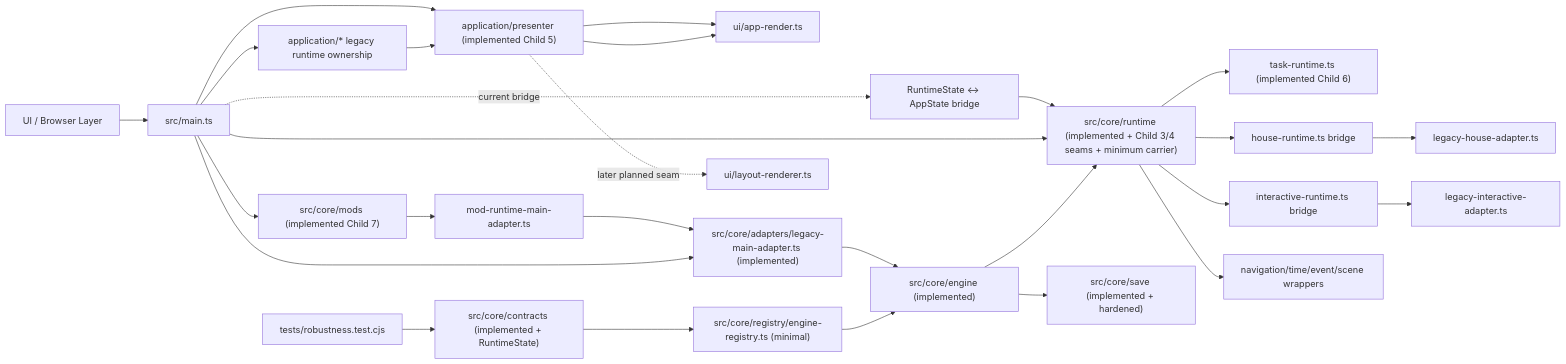
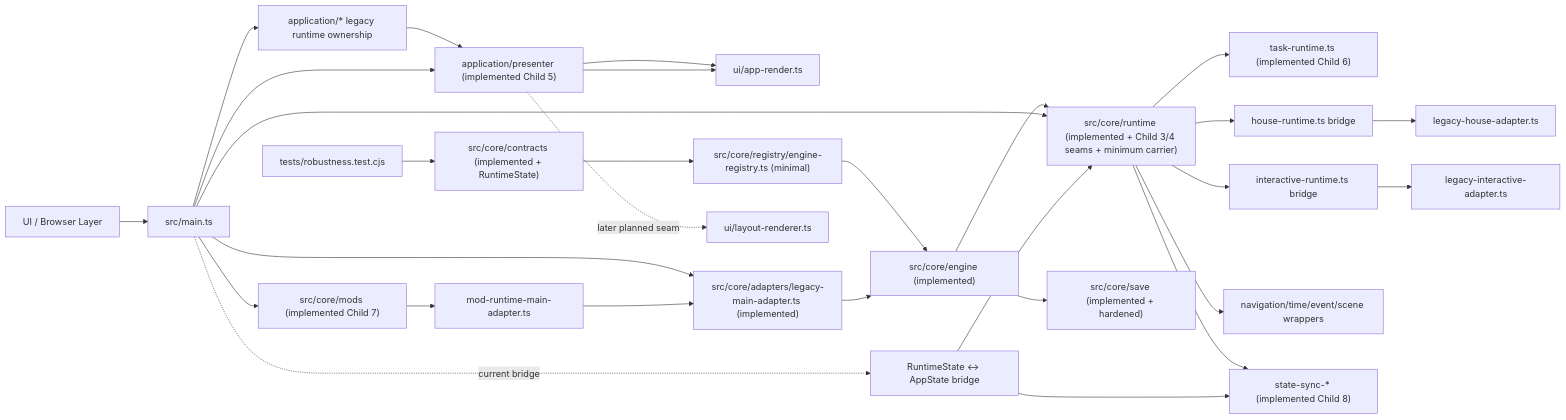
The first of 9 diagrams in docs/superpowers/weekly/2026-06-29-weekly-architecture-report.md (MA141277/RPG_TG), drawn with Mermaid before and after one commit. The commit also changed other lines of this file and 25 other files, not shown here.

Commit message:
Complete Child 8 state sync runtime

````diff
--- a/docs/superpowers/weekly/2026-06-29-weekly-architecture-report.md
+++ b/docs/superpowers/weekly/2026-06-29-weekly-architecture-report.md
@@ -24,29 +24,31 @@
 ```mermaid
 flowchart LR
     UI["UI / Browser Layer"] --> MAIN["src/main.ts"]
     MAIN --> APP["application/* legacy runtime ownership"]
     APP --> PRESENTER["application/presenter (implemented Child 5)"]
     PRESENTER --> UIR["ui/app-render.ts"]
     MAIN -. current bridge .-> RSBRIDGE["RuntimeState <-> AppState bridge"]
     COREC["src/core/contracts (implemented + RuntimeState)"] --> CORER["src/core/registry/engine-registry.ts (minimal)"]
     CORER --> COREE["src/core/engine (implemented)"]
     COREE --> CORERT["src/core/runtime (implemented + Child 3/4 seams + minimum carrier)"]
     COREE --> CORES["src/core/save (implemented + hardened)"]
     MAIN --> ADAPTER["src/core/adapters/legacy-main-adapter.ts (implemented)"]
     ADAPTER --> COREE
     MAIN --> CORERT
     RSBRIDGE --> CORERT
     CORERT --> TASKRT["task-runtime.ts (implemented Child 6)"]
     CORERT --> HOUCERT["house-runtime.ts bridge"]
     CORERT --> INTRT["interactive-runtime.ts bridge"]
     HOUCERT --> HOUSEAD["legacy-house-adapter.ts"]
     INTRT --> INTAD["legacy-interactive-adapter.ts"]
     CORERT --> NAVRT["navigation/time/event/scene wrappers"]
     MAIN --> MODRT["src/core/mods (implemented Child 7)"]
     MODRT --> MODAD["mod-runtime-main-adapter.ts"]
     MODAD --> ADAPTER
+    CORERT --> SSRT["state-sync-* (implemented Child 8)"]
+    RSBRIDGE --> SSRT
     MAIN --> PRESENTER
     PRESENTER --> UIR
     PRESENTER -. later planned seam .-> UIL["ui/layout-renderer.ts"]
     TESTS["tests/robustness.test.cjs"] --> COREC
 ```
````
